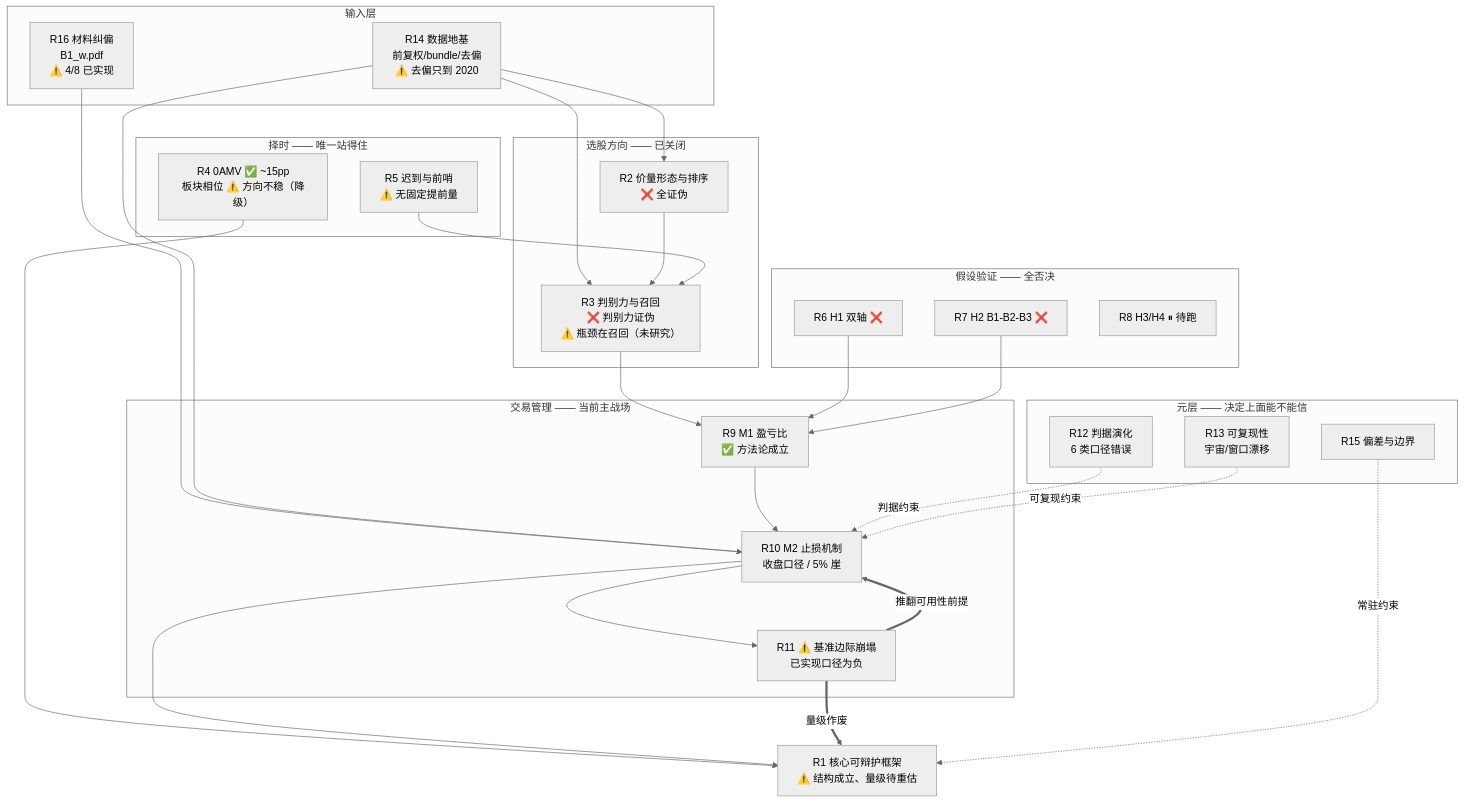
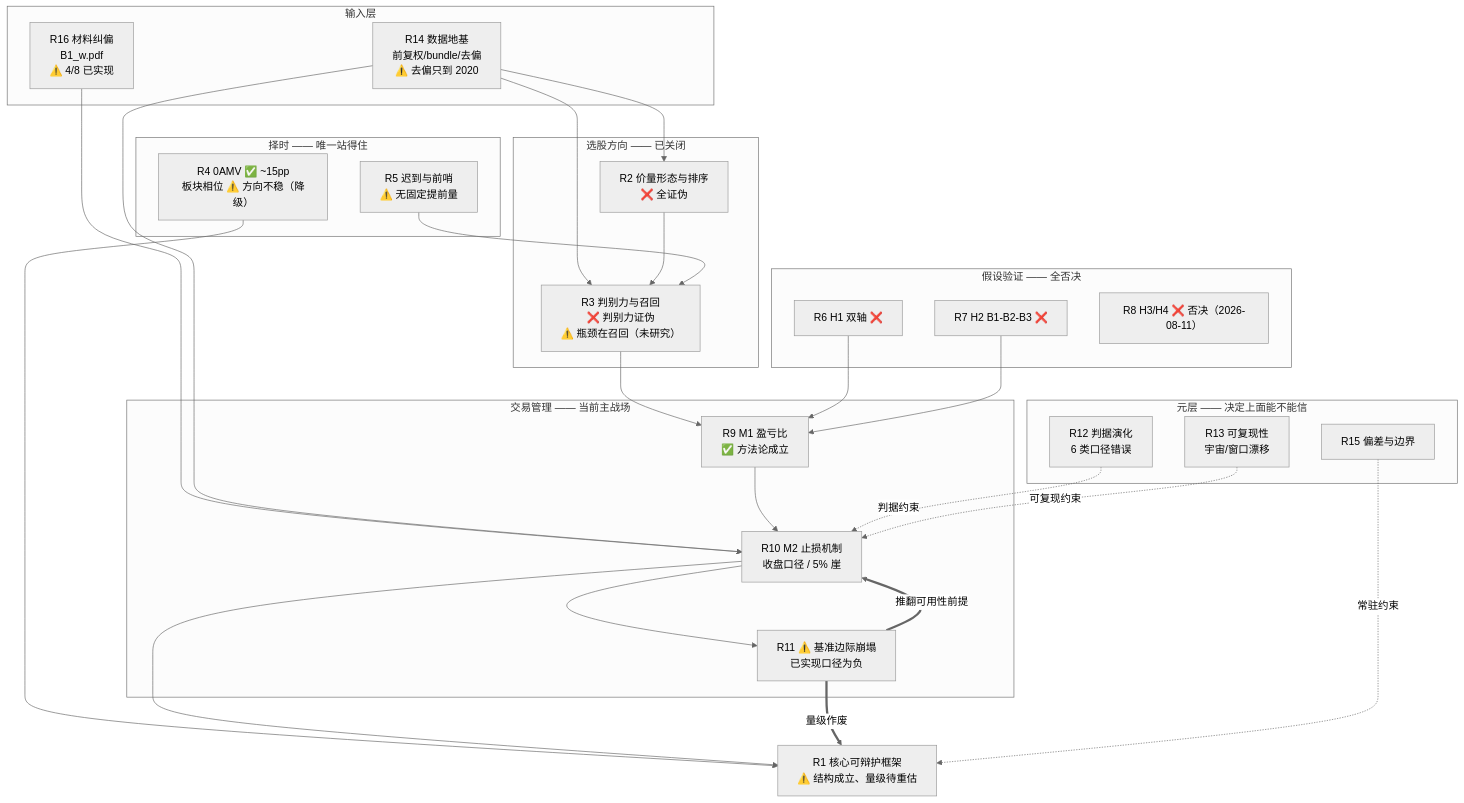
The diagram in governance/research/README.md (littleguohao/Custos), drawn with Mermaid (neutral theme) before and after one commit. The commit also changed other lines of this file and 3 other files, not shown here.

````diff
--- a/governance/research/README.md
+++ b/governance/research/README.md
@@ -13,48 +13,48 @@
 ```mermaid
 flowchart TB
     subgraph IN["输入层"]
         R16["R16 材料纠偏<br/>B1_w.pdf<br/>⚠️ 4/8 已实现"]
         R14["R14 数据地基<br/>前复权/bundle/去偏<br/>⚠️ 去偏只到 2020"]
     end
     subgraph SEL["选股方向 —— 已关闭"]
         R2["R2 价量形态与排序<br/>❌ 全证伪"]
         R3["R3 判别力与召回<br/>❌ 判别力证伪<br/>⚠️ 瓶颈在召回（未研究）"]
     end
     subgraph TIM["择时 —— 唯一站得住"]
         R4["R4 0AMV ✅ ~15pp<br/>板块相位 ⚠️ 方向不稳（降级）"]
         R5["R5 迟到与前哨<br/>⚠️ 无固定提前量"]
     end
     subgraph HYP["假设验证 —— 全否决"]
         R6["R6 H1 双轴 ❌"]
         R7["R7 H2 B1-B2-B3 ❌"]
-        R8["R8 H3/H4 ⏸ 待跑"]
+        R8["R8 H3/H4 ❌ 否决（2026-08-11）"]
     end
     subgraph TRD["交易管理 —— 当前主战场"]
         R9["R9 M1 盈亏比<br/>✅ 方法论成立"]
         R10["R10 M2 止损机制<br/>收盘口径 / 5% 崖"]
         R11["R11 ⚠️ 基准边际崩塌<br/>已实现口径为负"]
     end
     subgraph META["元层 —— 决定上面能不能信"]
         R12["R12 判据演化<br/>6 类口径错误"]
         R13["R13 可复现性<br/>宇宙/窗口漂移"]
         R15["R15 偏差与边界"]
     end
     R1["R1 核心可辩护框架<br/>⚠️ 结构成立、量级待重估"]
 
     R16 --> R10
     R14 --> R2 & R3 & R10
     R2 --> R3
     R3 --> R9
     R6 --> R9
     R7 --> R9
     R9 --> R10
     R10 --> R11
     R12 -.判据约束.-> R10
     R13 -.可复现约束.-> R10
     R11 ==>|推翻可用性前提| R10
     R4 --> R1
     R10 --> R1
     R5 --> R3
     R11 ==>|量级作废| R1
     R15 -.常驻约束.-> R1
 ```
````
